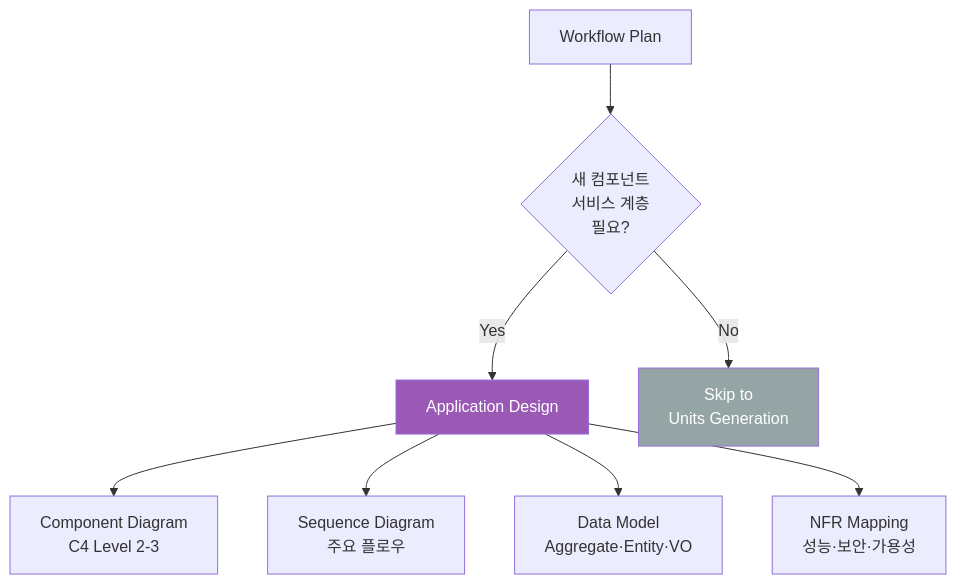
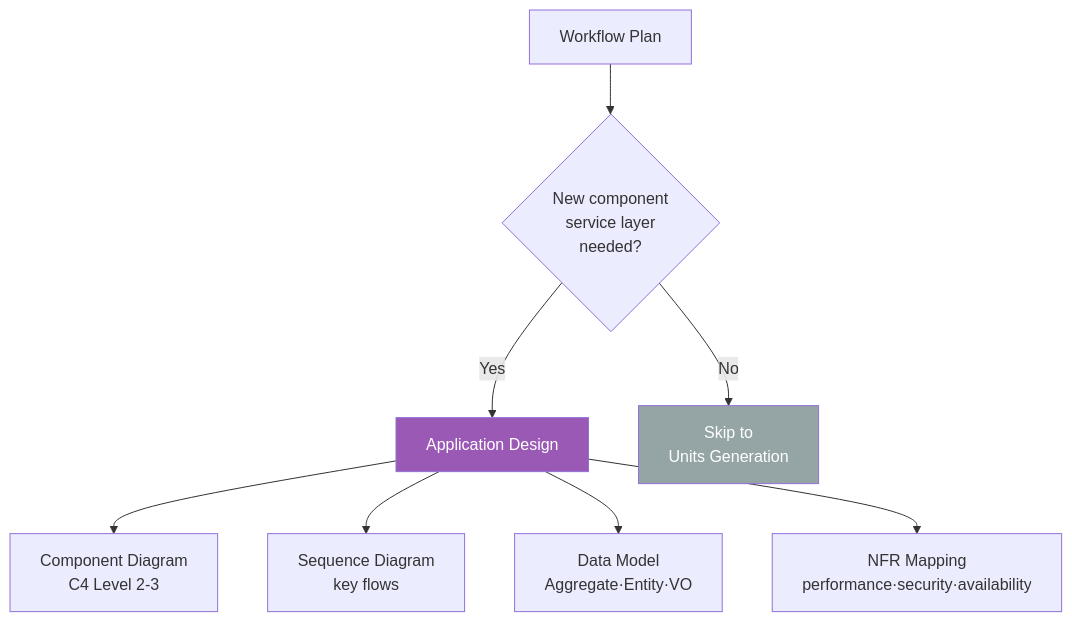
One commit to devfloor9/engineering-playbook changed the sixth of 9 diagrams in docs/aidlc/methodology/adaptive-execution.md. Above: the diagram before and after it, drawn with Mermaid. The commit also changed other lines of this file and 954 other files, not shown here.

````diff
--- a/docs/aidlc/methodology/adaptive-execution.md
+++ b/docs/aidlc/methodology/adaptive-execution.md
@@ -231,14 +231,14 @@
 ```mermaid
 flowchart TB
-    WP[Workflow Plan] --> CHECK{새 컴포넌트<br/>서비스 계층<br/>필요?}
+    WP[Workflow Plan] --> CHECK{New component<br/>service layer<br/>needed?}
     CHECK -->|Yes| AD[Application Design]
     CHECK -->|No| SKIP[Skip to<br/>Units Generation]
 
     AD --> AD1[Component Diagram<br/>C4 Level 2-3]
-    AD --> AD2[Sequence Diagram<br/>주요 플로우]
+    AD --> AD2[Sequence Diagram<br/>key flows]
     AD --> AD3[Data Model<br/>Aggregate·Entity·VO]
-    AD --> AD4[NFR Mapping<br/>성능·보안·가용성]
+    AD --> AD4[NFR Mapping<br/>performance·security·availability]
 
     style AD fill:#9b59b6,color:#fff
     style SKIP fill:#95a5a6,color:#fff
 ```
````
